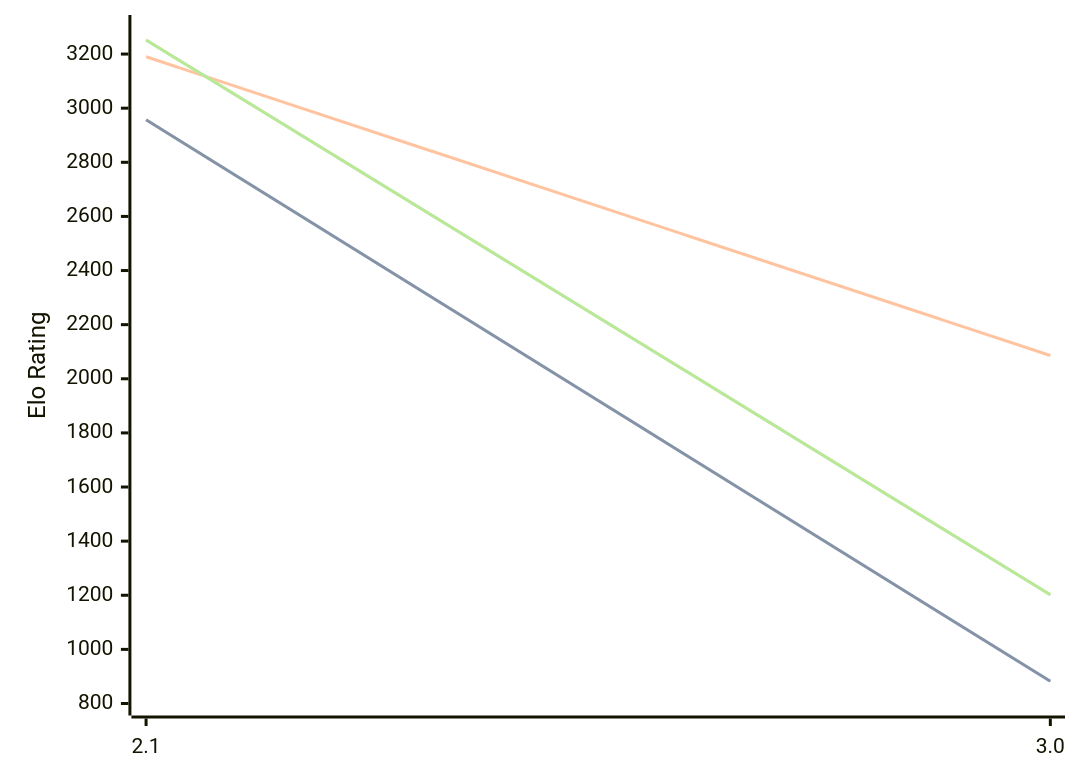
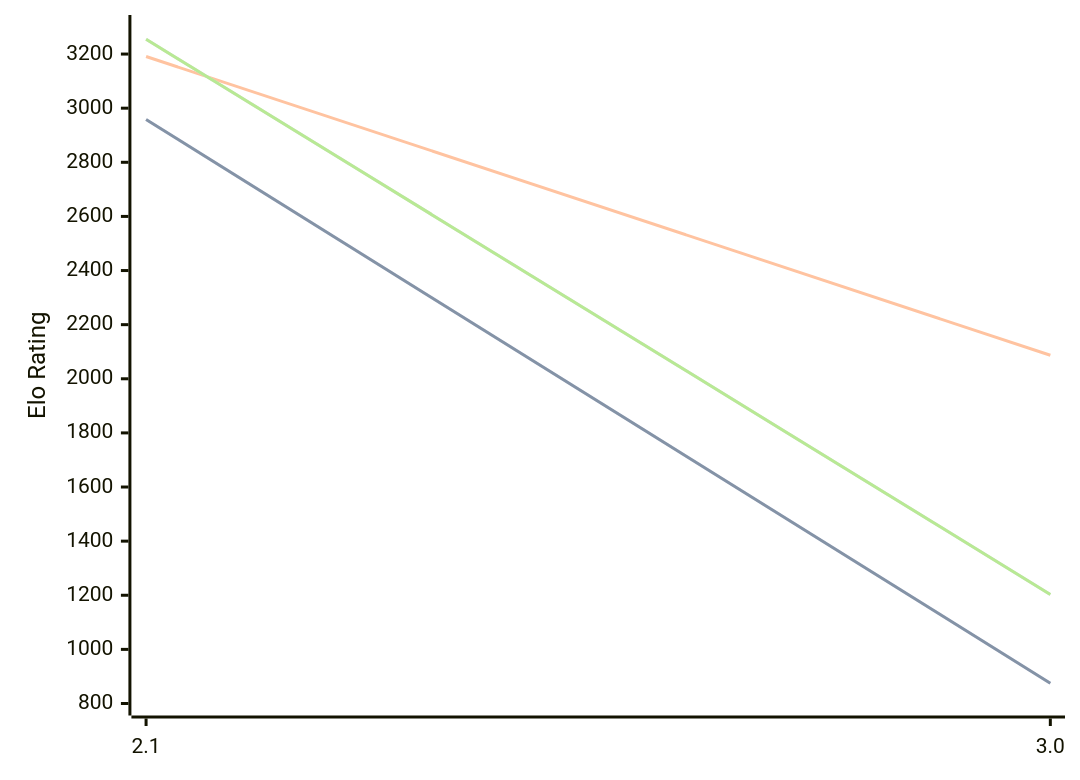
One commit to computer-chess-index/cci changed the diagram in engines/Quirky.md. Above: the diagram before and after it, drawn with Mermaid. The commit also changed other lines of this file, not shown here.

Commit message:
Update CCI Ratings (ELO VLTC) - 2026-09-01

````diff
--- a/engines/Quirky.md
+++ b/engines/Quirky.md
@@ -32,11 +32,11 @@
 ```mermaid
 %%{init: {"theme":"base","themeVariables":{"seriesColors:['#a3a3a3','#222221','#faa371']}}}%%
 xychart-beta
   x-axis ["2.1", "3.0"]
   y-axis "Elo Rating" 800 --> 3300
-  line "" [2957, 882]
-  line "STC (8.0+0.08s)" [2957, 882]
-  line "LTC (60.0+0.60s)" [3190, 2086]
-  line "" [3252, 1202]
-  line "VLTC (2m24s+1.12s)" [3252, 1202]
+  line "" [2958, 875]
+  line "STC (8.0+0.08s)" [2958, 875]
+  line "LTC (60.0+0.60s)" [3191, 2087]
+  line "" [3255, 1203]
+  line "VLTC (2m24s+1.12s)" [3255, 1203]
 ```
````
